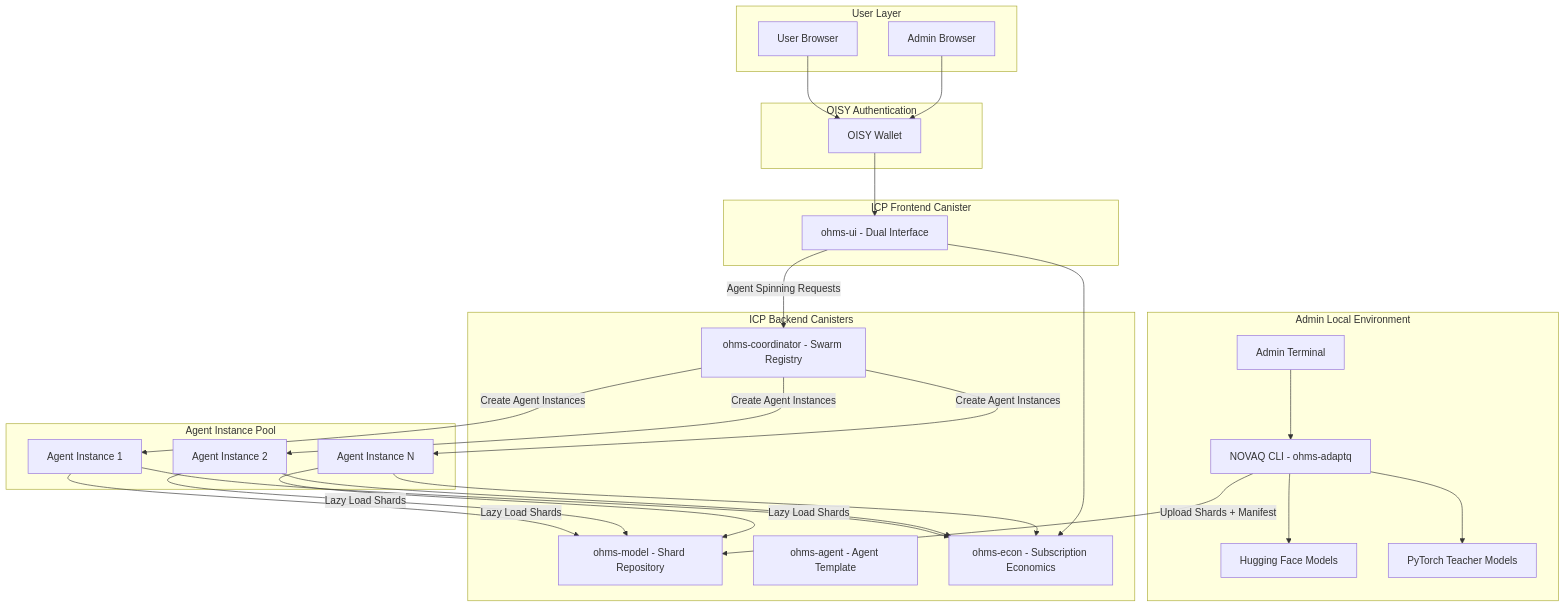
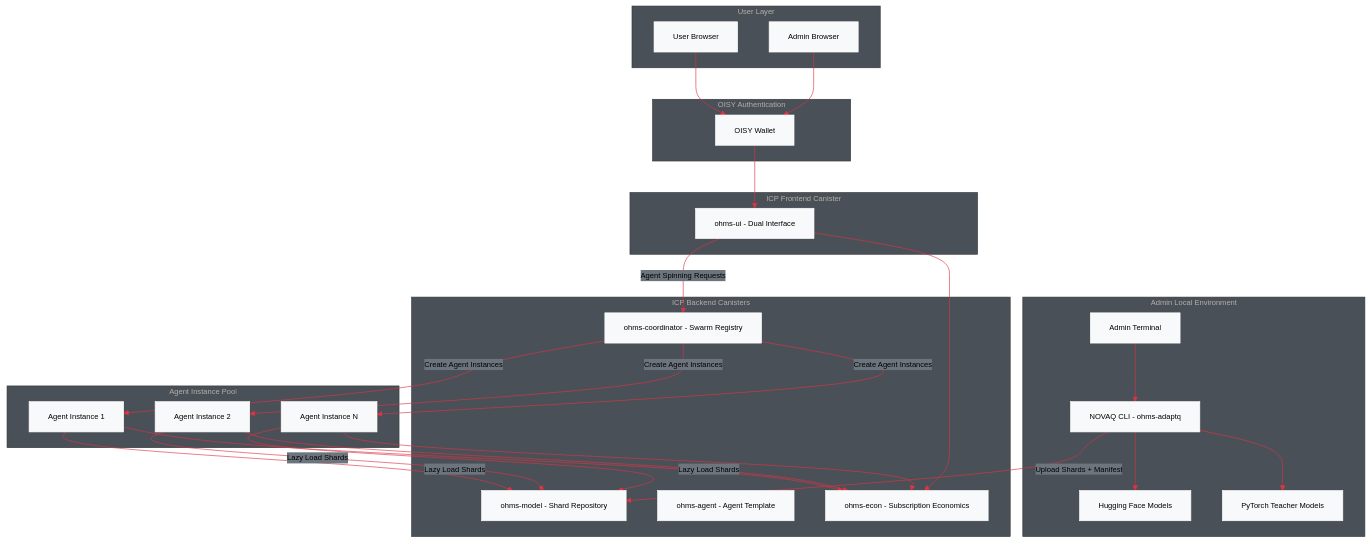
One commit to OHMS-DeAI/ohms-2.0 changed the first of 6 diagrams in docs/ohms-fullstack-architecture.md. Above: the diagram before and after it, drawn with Mermaid. The commit also changed 4 other files, not shown here.

````diff
--- a/docs/ohms-fullstack-architecture.md
+++ b/docs/ohms-fullstack-architecture.md
@@ -64,63 +64,64 @@
 ```mermaid
+%%{init: {'theme': 'base', 'themeVariables': {'primaryColor': '#f8f9fa', 'primaryTextColor': '#000000', 'primaryBorderColor': '#ffffff', 'lineColor': '#dc3545', 'lineWidth': '4px', 'sectionBkgColor': '#f8f9fa', 'altSectionBkgColor': '#e9ecef', 'secondaryColor': '#6c757d', 'tertiaryColor': '#495057', 'fontFamily': 'Arial', 'fontSize': '12px', 'fontWeight': 'bold'}}}%%
 graph TB
     subgraph "Admin Local Environment"
         ADMIN[Admin Terminal]
         NOVAQ[NOVAQ CLI - ohms-adaptq]
         HF[Hugging Face Models]
         TORCH[PyTorch Teacher Models]
     end
     
     subgraph "User Layer"
         USER[User Browser]
         ADMINUI[Admin Browser]
     end
     
     subgraph "OISY Authentication"
         WALLET[OISY Wallet]
     end
     
     subgraph "ICP Frontend Canister"
         UI[ohms-ui - Dual Interface]
     end
     
     subgraph "ICP Backend Canisters"
         MODEL[ohms-model - Shard Repository]
         AGENT[ohms-agent - Agent Template]
         COORD[ohms-coordinator - Swarm Registry]
         ECON[ohms-econ - Subscription Economics]
     end
     
     subgraph "Agent Instance Pool"
         A1[Agent Instance 1]
         A2[Agent Instance 2]
         A3[Agent Instance N]
     end
     
     %% Admin Flow (Off-chain to On-chain)
     ADMIN --> NOVAQ
     NOVAQ --> HF
     NOVAQ --> TORCH
     NOVAQ -->|Upload Shards + Manifest| MODEL
     
     %% User Flow
     USER --> WALLET
     ADMINUI --> WALLET
     WALLET --> UI
     
     %% Agent Creation Flow
     UI -->|Agent Spinning Requests| COORD
     COORD -->|Create Agent Instances| A1
     COORD -->|Create Agent Instances| A2
     COORD -->|Create Agent Instances| A3
     
     %% Model Access
     A1 -->|Lazy Load Shards| MODEL
     A2 -->|Lazy Load Shards| MODEL
     A3 -->|Lazy Load Shards| MODEL
     
     %% Economics
     A1 --> ECON
     A2 --> ECON
     A3 --> ECON
     UI --> ECON
 ```
````
